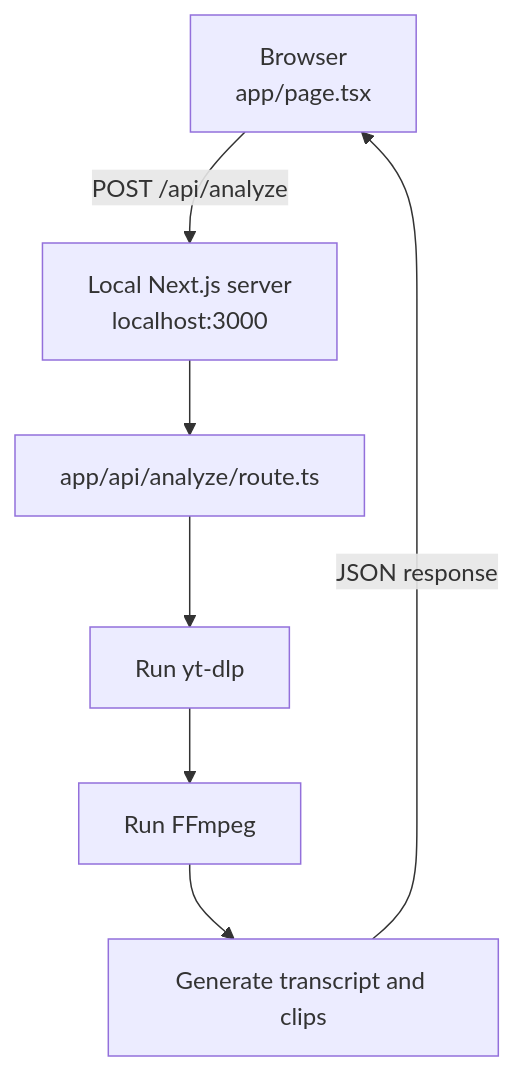
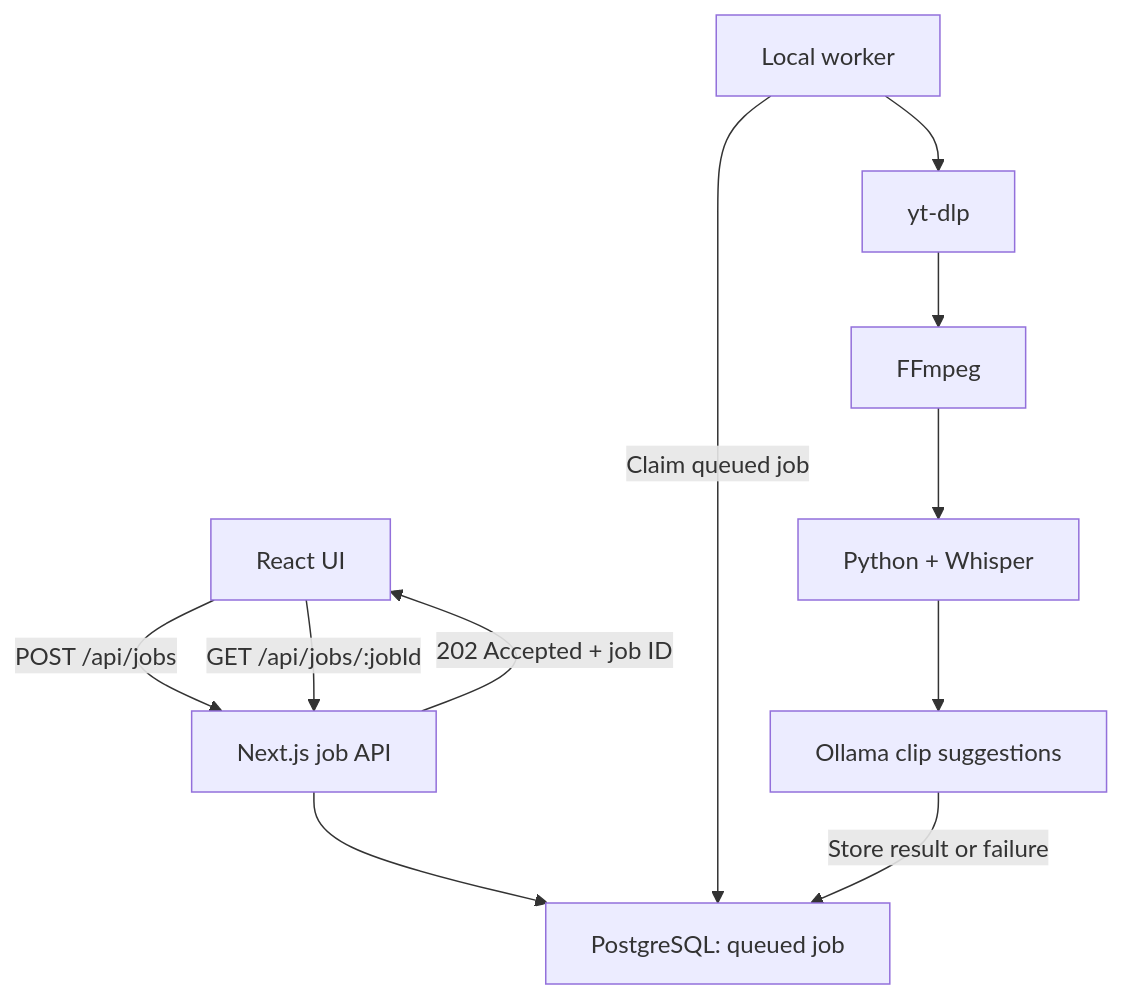
One commit to Mayankcnz/shorts-generator changed the diagram in README.md. Above: the diagram before and after it, drawn with Mermaid. The commit also changed other lines of this file and 29 other files, not shown here.

````diff
--- a/README.md
+++ b/README.md
@@ -5,10 +8,13 @@
 ```mermaid
 flowchart TD
-    A["Browser<br/>app/page.tsx"]
-    -->|"POST /api/analyze"| B["Local Next.js server<br/>localhost:3000"]
-    --> C["app/api/analyze/route.ts"]
-    --> D["Run yt-dlp"]
-    --> E["Run FFmpeg"]
-    --> F["Generate transcript and clips"]
-    -->|"JSON response"| A
+    A["React UI"] -->|"POST /api/jobs"| B["Next.js job API"]
+    B --> C["PostgreSQL: queued job"]
+    B -->|"202 Accepted + job ID"| A
+    D["Local worker"] -->|"Claim queued job"| C
+    D --> E["yt-dlp"]
+    E --> F["FFmpeg"]
+    F --> G["Python + Whisper"]
+    G --> H["Ollama clip suggestions"]
+    H -->|"Store result or failure"| C
+    A -->|"GET /api/jobs/:jobId"| B
 ```
````
